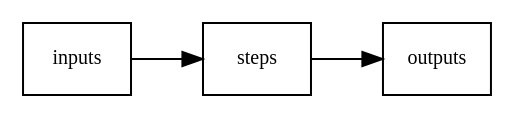
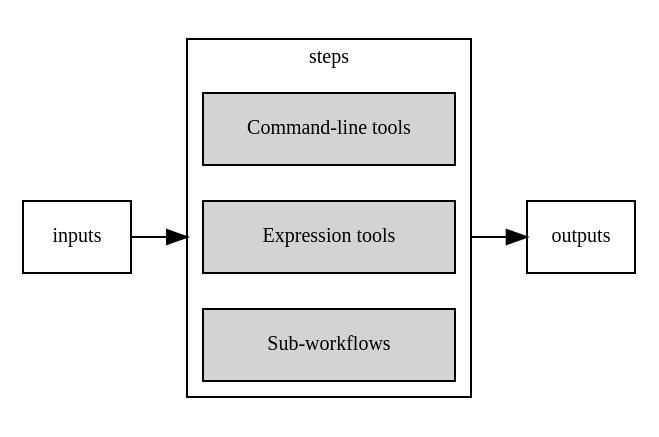
Before and after one commit to common-workflow-language/user_guide: the fourth of 4 diagrams in src/basic-concepts.md, drawn with Graphviz. The commit also changed other lines of this file, not shown here.

Commit message:
Improve graphs in basic concepts

````diff
--- a/src/basic-concepts.md
+++ b/src/basic-concepts.md
@@ -199,14 +282,28 @@
 ```{graphviz}
 :name: workflow-graph
 :caption: CWL workflow.
 :align: center
 
-digraph "CWL Inputs, Steps, and Outputs" {
+digraph G {
+    compound=true;
     rankdir="LR";
+    fontname="Verdana";
+    fontsize="10";
     graph [splines=ortho];
 
     node [fontname="Verdana", fontsize="10", shape=box];
     edge [fontname="Verdana", fontsize="10"];
-    inputs -> steps -> outputs;
+
+    subgraph cluster_0 {
+      node [width = 1.75];
+      steps_0[style="filled" label="Command-line tools"];
+      steps_1[style="filled" label="Expression tools"];
+      steps_2[style="filled" label="Sub-workflows"];
+      label="steps";
+      fill=gray;
+    }
+
+    inputs -> steps_1 [lhead=cluster_0];
+    steps_1 -> outputs [ltail=cluster_0];
 }
 ```
````
